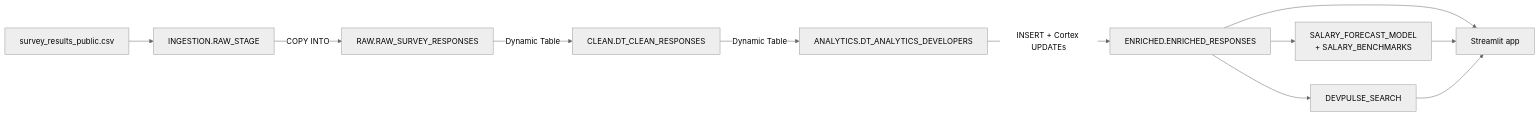
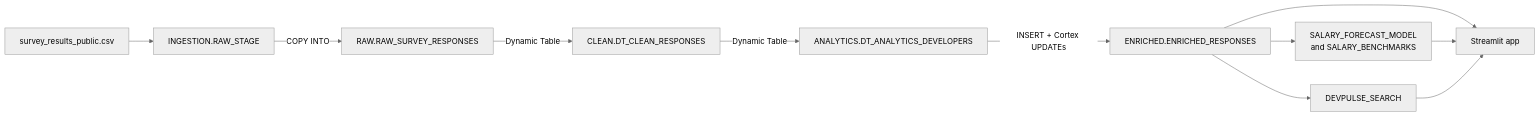
The diagram in README.md (WDXII/DevPulseIntel), drawn with Mermaid (neutral theme) before and after one commit.

Commit message:
Fix mermaid architecture diagram rendering

````diff
--- a/README.md
+++ b/README.md
@@ -25,13 +25,13 @@
 ```mermaid
 flowchart LR
-    CSV[survey_results_public.csv] --> STAGE[INGESTION.RAW_STAGE]
-    STAGE -->|COPY INTO| RAW[RAW.RAW_SURVEY_RESPONSES]
-    RAW -->|Dynamic Table| CLEAN[CLEAN.DT_CLEAN_RESPONSES]
-    CLEAN -->|Dynamic Table| ANALYTICS[ANALYTICS.DT_ANALYTICS_DEVELOPERS]
-    ANALYTICS -->|INSERT + Cortex UPDATEs| ENRICHED[ENRICHED.ENRICHED_RESPONSES]
-    ENRICHED --> ML[SALARY_FORECAST_MODEL<br/>+ SALARY_BENCHMARKS]
-    ENRICHED --> SEARCH[DEVPULSE_SEARCH]
-    ENRICHED --> APP[Streamlit app]
+    CSV["survey_results_public.csv"] --> STAGE["INGESTION.RAW_STAGE"]
+    STAGE -->|"COPY INTO"| RAW["RAW.RAW_SURVEY_RESPONSES"]
+    RAW -->|"Dynamic Table"| CLEAN["CLEAN.DT_CLEAN_RESPONSES"]
+    CLEAN -->|"Dynamic Table"| ANALYTICS["ANALYTICS.DT_ANALYTICS_DEVELOPERS"]
+    ANALYTICS -->|"INSERT + Cortex UPDATEs"| ENRICHED["ENRICHED.ENRICHED_RESPONSES"]
+    ENRICHED --> ML["SALARY_FORECAST_MODEL<br/>and SALARY_BENCHMARKS"]
+    ENRICHED --> SEARCH["DEVPULSE_SEARCH"]
+    ENRICHED --> APP["Streamlit app"]
     ML --> APP
     SEARCH --> APP
 ```
````
